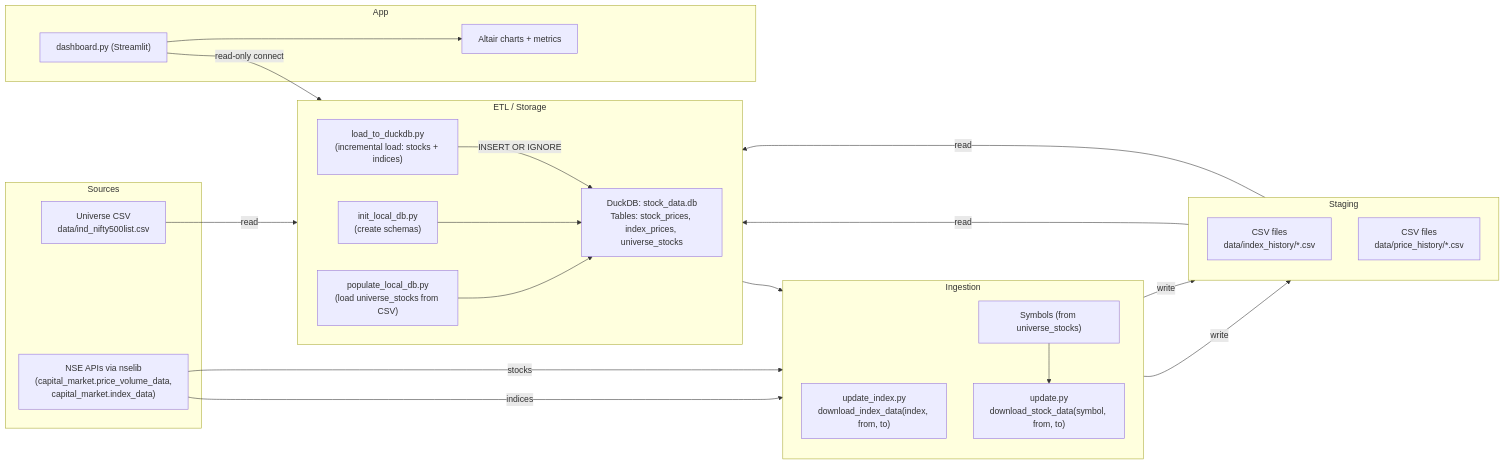
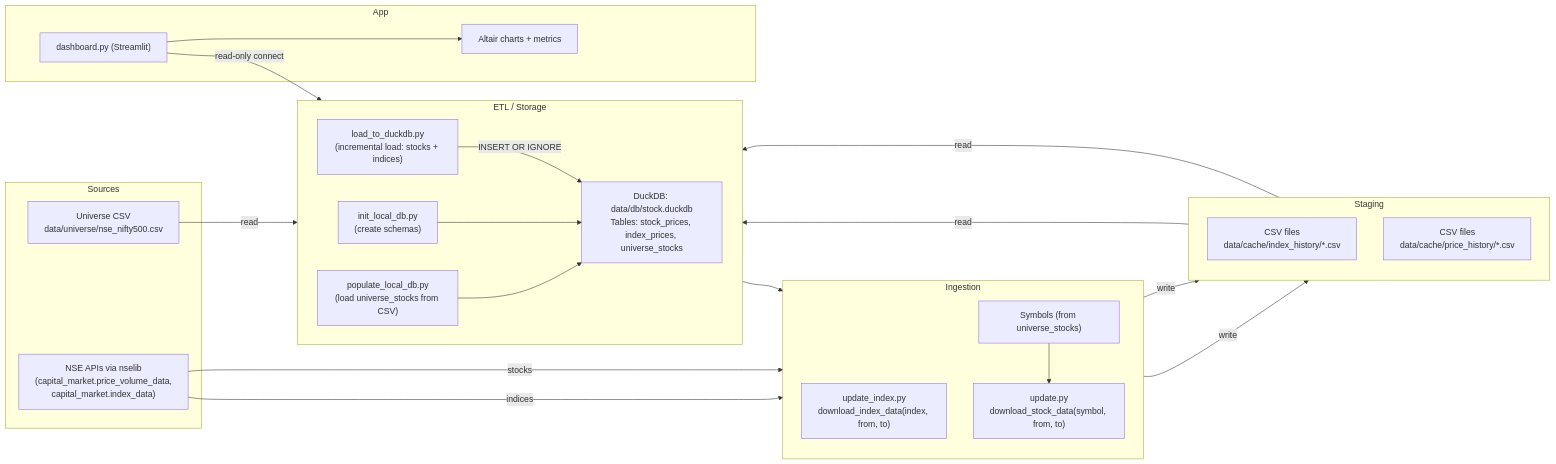
One commit to shayanrc/stockdash changed the diagram in ARCHITECTURE.md. Above: the diagram before and after it, drawn with Mermaid. The commit also changed other lines of this file and 6 other files, not shown here.

Commit message:
Update architecture and scripts to reflect new data paths

````diff
--- a/ARCHITECTURE.md
+++ b/ARCHITECTURE.md
@@ -7,54 +7,54 @@
 ```mermaid
 graph LR
 
   subgraph Sources
     A["NSE APIs via nselib<br/>(capital_market.price_volume_data,<br/>capital_market.index_data)"]
-    C0["Universe CSV<br/>data/ind_nifty500list.csv"]
+    C0["Universe CSV<br/>data/universe/nse_nifty500.csv"]
   end
 
   subgraph Ingestion
     direction TB
     B2["update_index.py<br/>download_index_data(index, from, to)"]
     B1["update.py<br/>download_stock_data(symbol, from, to)"]
     H["Symbols (from universe_stocks)"]
   end
 
   subgraph Staging
     direction TB
-    C2["CSV files<br/>data/index_history/*.csv"]
-    C1["CSV files<br/>data/price_history/*.csv"]
+    C2["CSV files<br/>data/cache/index_history/*.csv"]
+    C1["CSV files<br/>data/cache/price_history/*.csv"]
   end
 
   subgraph ETL / Storage
     direction LR
     D0["init_local_db.py<br/>(create schemas)"]
     D1["populate_local_db.py<br/>(load universe_stocks from CSV)"]
     D2["load_to_duckdb.py<br/>(incremental load: stocks + indices)"]
-    E["DuckDB: stock_data.db<br/>Tables: stock_prices, index_prices, universe_stocks"]
+    E["DuckDB: data/db/stock.duckdb<br/>Tables: stock_prices, index_prices, universe_stocks"]
   end
 
   subgraph App
     F["dashboard.py (Streamlit)"]
     G["Altair charts + metrics"]
   end
 
   %% Flows
   A -->|indices| B2
   A -->|stocks| B1
   B2 -->|write| C2
   B1 -->|write| C1
   C2 -->|read| D2
   C1 -->|read| D2
   D2 -->|INSERT OR IGNORE| E
 
   C0 -->|read| D1
   D0 --> E
   D1 --> E
 
   %% Universe symbols exposed near ingestion to avoid crossing blocks
   E --> H
   H --> B1
 
   F -->|read-only connect| E
   F --> G
 ```
````
